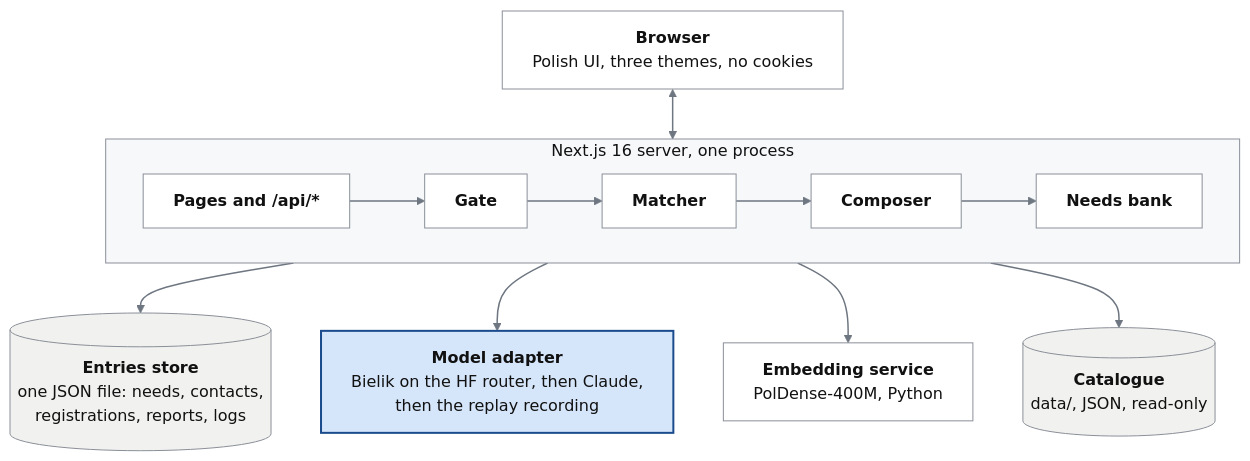
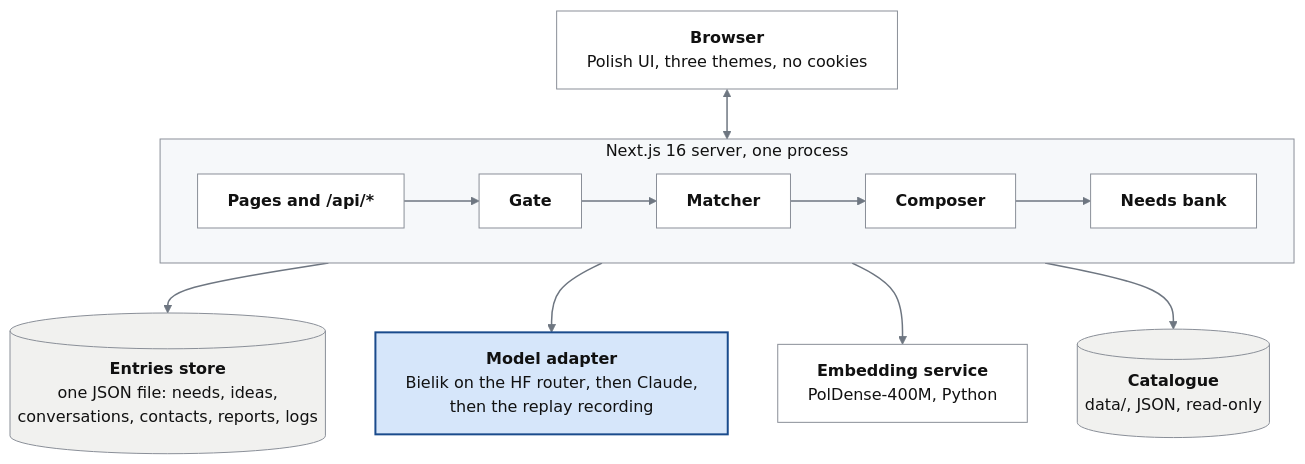
One commit to bobrovsky420/hackyeah2026 changed the second of 2 diagrams in README.md. Above: the diagram before and after it, drawn with Mermaid. The commit also changed other lines of this file, not shown here.

````diff
--- a/README.md
+++ b/README.md
@@ -183,30 +235,30 @@
 ```mermaid
 %%{init: {"flowchart": {"wrappingWidth": 360}}}%%
 flowchart TD
     browser["<b>Browser</b><br>Polish UI, three themes, no cookies"]
 
     subgraph server["Next.js 16 server, one process"]
         direction LR
         pages["<b>Pages and /api/*</b>"] --> gate["<b>Gate</b>"] --> matcher["<b>Matcher</b>"] --> composer["<b>Composer</b>"] --> needs["<b>Needs bank</b>"]
     end
 
-    entries[("<b>Entries store</b><br>one JSON file: needs, contacts,<br>registrations, reports, logs")]
+    entries[("<b>Entries store</b><br>one JSON file: needs, ideas,<br>conversations, contacts, reports, logs")]
     llm["<b>Model adapter</b><br>Bielik on the HF router, then Claude,<br>then the replay recording"]
     embed["<b>Embedding service</b><br>PolDense-400M, Python"]
     catalogue[("<b>Catalogue</b><br>data/, JSON, read-only")]
 
     browser <--> server
     server --> entries
     server --> llm
     server --> embed
     server --> catalogue
 
     classDef model fill:#d6e6fa,stroke:#1a4b8c,stroke-width:2px,color:#111
     classDef code fill:#ffffff,stroke:#8a8f98,color:#111
     classDef store fill:#f1f1ef,stroke:#8a8f98,color:#111
     class llm model
     class browser,pages,gate,matcher,composer,needs,embed code
     class catalogue,entries store
     style server fill:#f6f8fa,stroke:#8a8f98,color:#111
     linkStyle default stroke:#6e7681,stroke-width:1.5px
 ```
````
